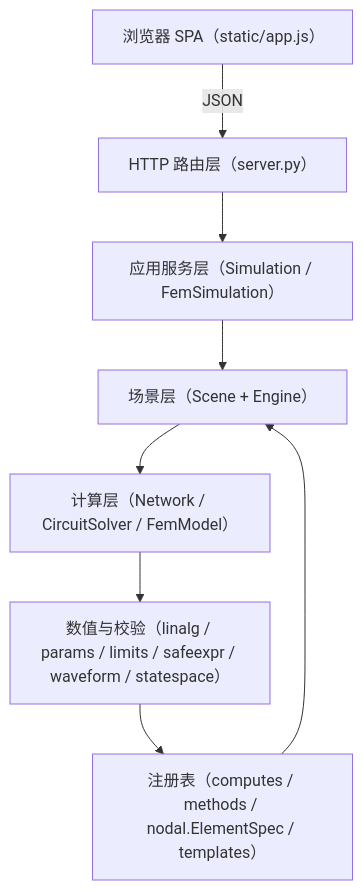
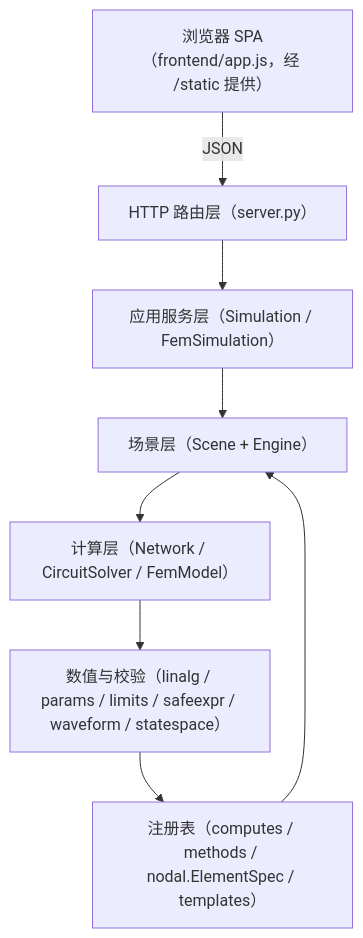
One commit to qgfn106-blip/NetLab changed the first of 2 diagrams in netlab/docs/ARCHITECTURE.md. Above: the diagram before and after it, drawn with Mermaid. The commit also changed other lines of this file and 20 other files, not shown here.

Commit message:
docs: sync all docs to current architecture (TS/esbuild/pywebview, R01-R43/D1-D118, clean-venv packaging)

````diff
--- a/netlab/docs/ARCHITECTURE.md
+++ b/netlab/docs/ARCHITECTURE.md
@@ -142,18 +142,18 @@
 ```mermaid
 flowchart TB
-  UI["浏览器 SPA（static/app.js）"]
+  UI["浏览器 SPA（frontend/app.js，经 /static 提供）"]
   API["HTTP 路由层（server.py）"]
   SVC["应用服务层（Simulation / FemSimulation）"]
   SCENE["场景层（Scene + Engine）"]
   MODEL["计算层（Network / CircuitSolver / FemModel）"]
   NUM["数值与校验（linalg / params / limits / safeexpr / waveform / statespace）"]
   REG["注册表（computes / methods / nodal.ElementSpec / templates）"]
 
   UI -->|JSON| API
   API --> SVC
   SVC --> SCENE
   SCENE --> MODEL
   MODEL --> NUM
   REG --> SCENE
   NUM --> REG
 ```
````
